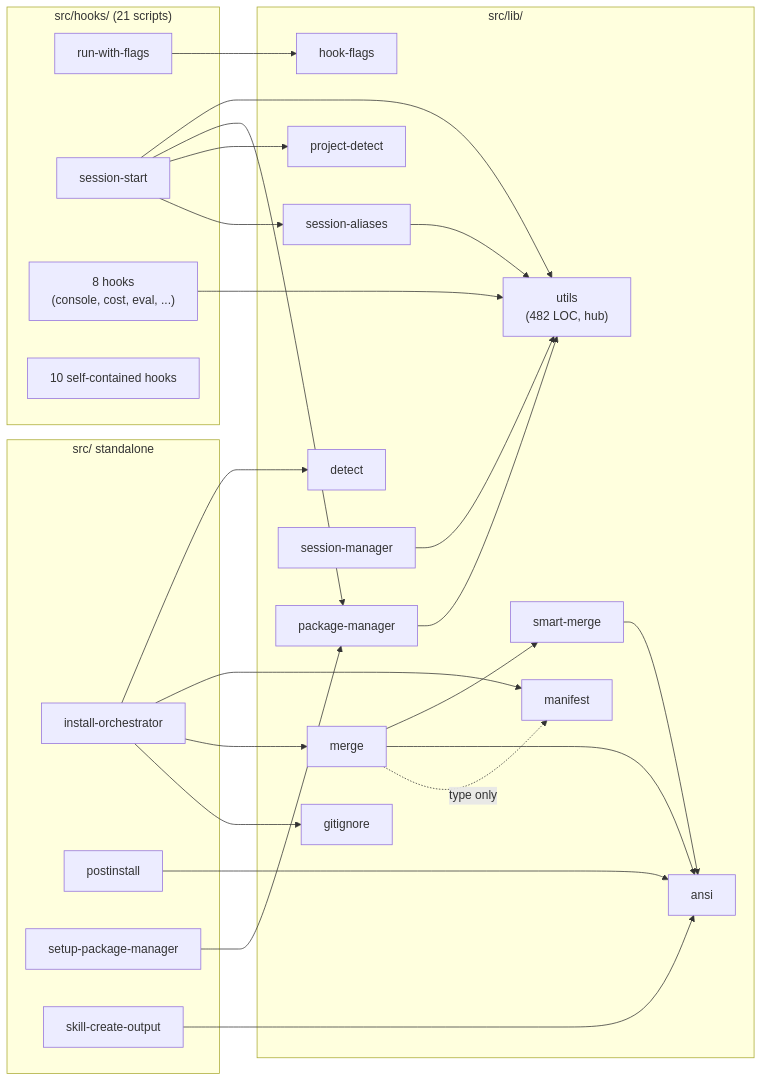
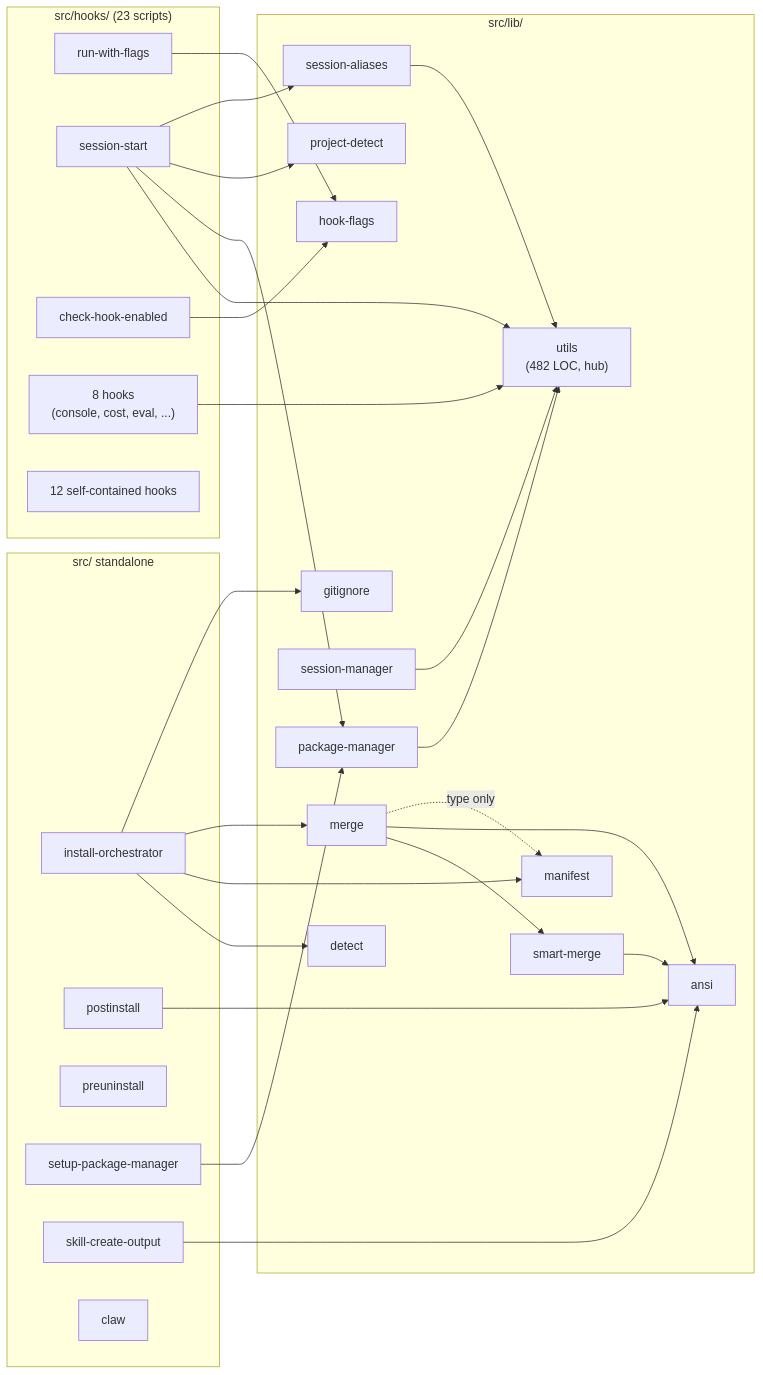
One commit to LEBOCQTitouan/everything-claude-code changed the diagram in docs/diagrams/module-dependency-graph.md. Above: the diagram before and after it, drawn with Mermaid. The commit also changed other lines of this file and 16 other files, not shown here.

````diff
--- a/docs/diagrams/module-dependency-graph.md
+++ b/docs/diagrams/module-dependency-graph.md
@@ -7,54 +7,58 @@
 ```mermaid
 flowchart LR
     subgraph lib["src/lib/"]
         utils["utils<br/>(482 LOC, hub)"]
         ansi["ansi"]
         hookFlags["hook-flags"]
         detect["detect"]
         manifest["manifest"]
         gitignore["gitignore"]
         projectDetect["project-detect"]
         pkgMgr["package-manager"]
         sessionAliases["session-aliases"]
         sessionMgr["session-manager"]
         smartMerge["smart-merge"]
         merge["merge"]
     end
 
-    subgraph hooks["src/hooks/ (21 scripts)"]
+    subgraph hooks["src/hooks/ (23 scripts)"]
         runWithFlags["run-with-flags"]
         sessionStart["session-start"]
+        checkEnabled["check-hook-enabled"]
         hooksUtils["8 hooks<br/>(console, cost, eval, ...)"]
-        hooksSelf["10 self-contained hooks"]
+        hooksSelf["12 self-contained hooks"]
     end
 
     subgraph standalone["src/ standalone"]
         orchestrator["install-orchestrator"]
         postinstall["postinstall"]
+        preuninstall["preuninstall"]
         setupPm["setup-package-manager"]
         skillCreate["skill-create-output"]
+        claw["claw"]
     end
 
     pkgMgr --> utils
     sessionAliases --> utils
     sessionMgr --> utils
     smartMerge --> ansi
     merge --> smartMerge
     merge --> ansi
     merge -.->|type only| manifest
 
     orchestrator --> detect
     orchestrator --> manifest
     orchestrator --> merge
     orchestrator --> gitignore
     postinstall --> ansi
     setupPm --> pkgMgr
     skillCreate --> ansi
 
     runWithFlags --> hookFlags
+    checkEnabled --> hookFlags
     sessionStart --> utils
     sessionStart --> pkgMgr
     sessionStart --> projectDetect
     sessionStart --> sessionAliases
     hooksUtils --> utils
 ```
````
